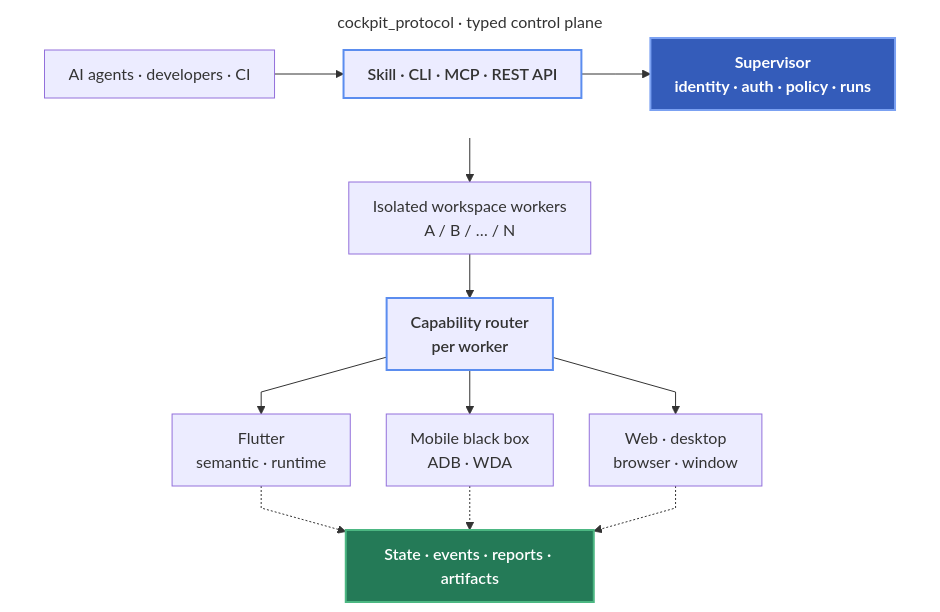
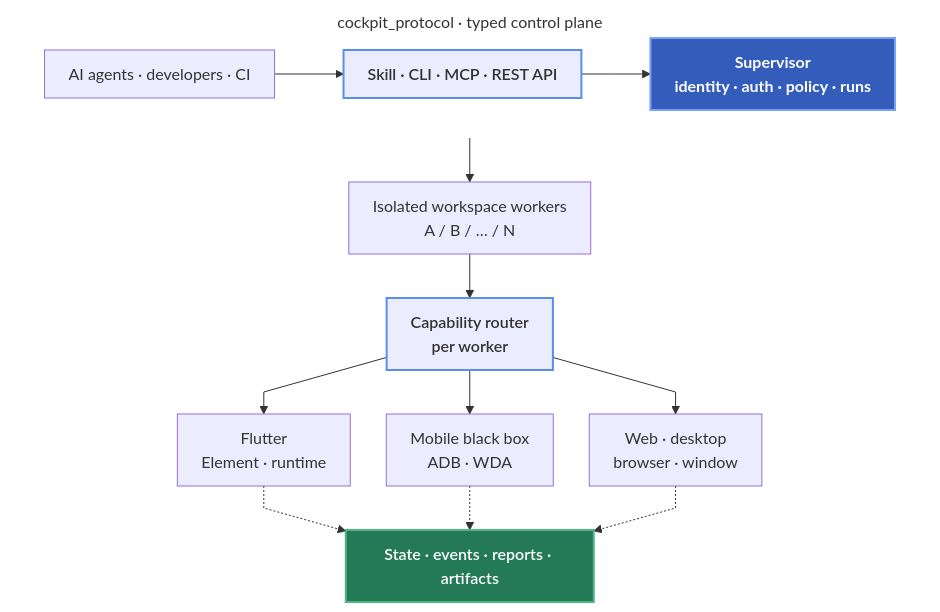
One commit to cockpit-dev/cockpit changed the diagram in README.md. Above: the diagram before and after it, drawn with Mermaid. The commit also changed other lines of this file and 119 other files, not shown here.

````diff
--- a/README.md
+++ b/README.md
@@ -133,31 +142,31 @@
 ```mermaid
 %%{init: {"flowchart": {"curve": "linear", "nodeSpacing": 36, "rankSpacing": 44, "padding": 12}}}%%
 flowchart TB
   subgraph ControlPath["cockpit_protocol · typed control plane"]
     direction LR
     Actors["AI agents · developers · CI"]
     Surfaces["Skill · CLI · MCP · REST API"]
     Supervisor["Supervisor<br/>identity · auth · policy · runs"]
     Actors --> Surfaces --> Supervisor
   end
 
   Workers["Isolated workspace workers<br/>A / B / … / N"]
   Router["Capability router<br/>per worker"]
-  Flutter["Flutter<br/>semantic · runtime"]
+  Flutter["Flutter<br/>Element · runtime"]
   Native["Mobile black box<br/>ADB · WDA"]
   Desktop["Web · desktop<br/>browser · window"]
   Evidence["State · events · reports · artifacts"]
 
   Supervisor --> Workers --> Router
   Router --> Flutter & Native & Desktop
   Flutter & Native & Desktop -.-> Evidence
 
   classDef gateway stroke:#5B8DEF,stroke-width:2px,font-weight:600
   classDef core fill:#345CBA,stroke:#7BA1F2,color:#FFFFFF,stroke-width:2px,font-weight:700
   classDef evidence fill:#247A57,stroke:#4CB782,color:#FFFFFF,stroke-width:2px,font-weight:600
   class Surfaces,Router gateway
   class Supervisor core
   class Evidence evidence
 
   style ControlPath fill:transparent,stroke:transparent
 ```
````
